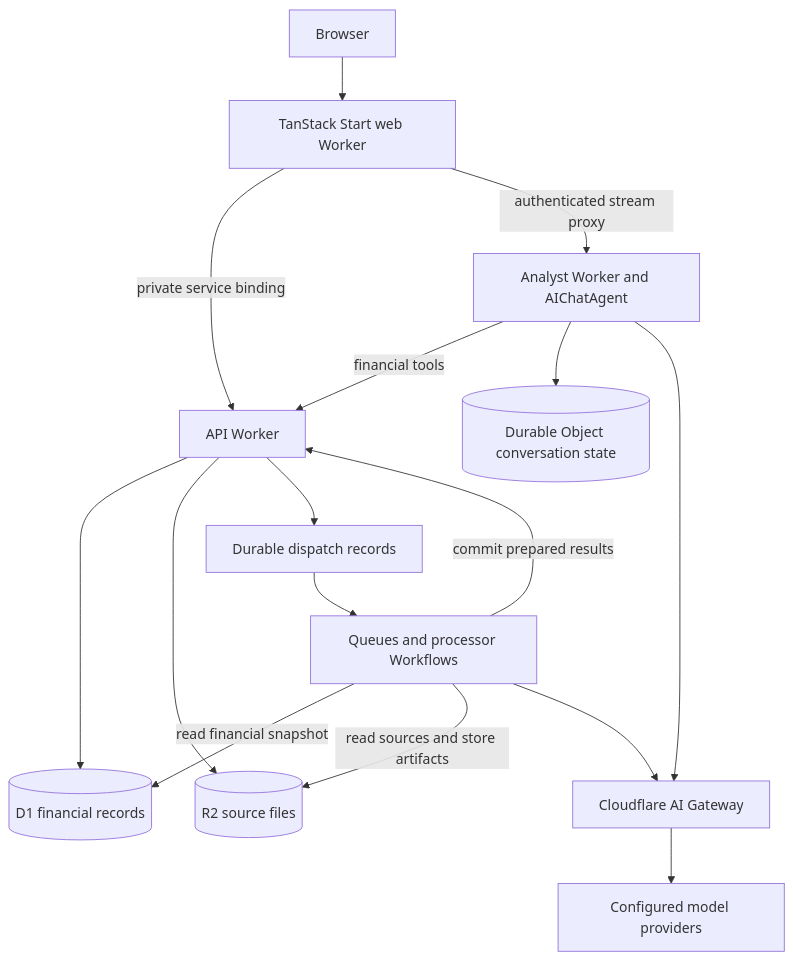
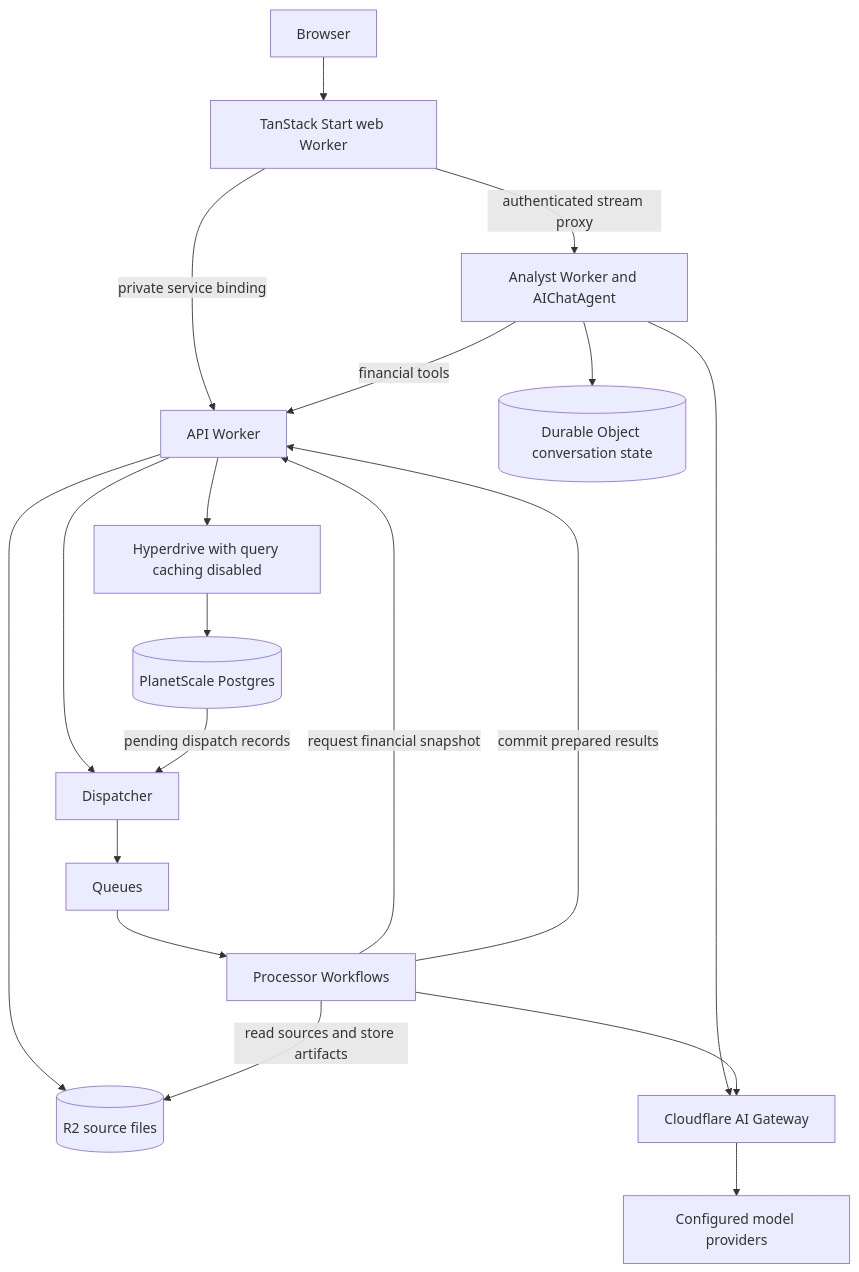
The diagram in docs/technical/architecture.mdx (AdiRishi/ironcage), drawn with Mermaid before and after one commit. The commit also changed other lines of this file and 9 other files, not shown here.

Commit message:
docs: use PlanetScale Postgres for financial records

````diff
--- a/docs/technical/architecture.mdx
+++ b/docs/technical/architecture.mdx
@@ -12,18 +12,21 @@
 ```mermaid
 flowchart TD
     User[Browser] --> Web[TanStack Start web Worker]
     Web -->|private service binding| API[API Worker]
     Web -->|authenticated stream proxy| Analyst[Analyst Worker and AIChatAgent]
-    API --> DB[(D1 financial records)]
+    API --> Hyperdrive[Hyperdrive with query caching disabled]
+    Hyperdrive --> DB[(PlanetScale Postgres)]
     API --> Sources[(R2 source files)]
-    API --> Dispatch[Durable dispatch records]
-    Dispatch --> Jobs[Queues and processor Workflows]
-    Jobs -->|read financial snapshot| DB
+    API --> Dispatcher[Dispatcher]
+    DB -->|pending dispatch records| Dispatcher
+    Dispatcher --> Dispatch[Queues]
+    Dispatch --> Jobs[Processor Workflows]
+    Jobs -->|request financial snapshot| API
     Jobs -->|read sources and store artifacts| Sources
     Jobs -->|commit prepared results| API
     Analyst -->|financial tools| API
     Analyst --> Conversations[(Durable Object conversation state)]
     Analyst --> Gateway[Cloudflare AI Gateway]
     Jobs --> Gateway
     Gateway --> Models[Configured model providers]
 ```
````
